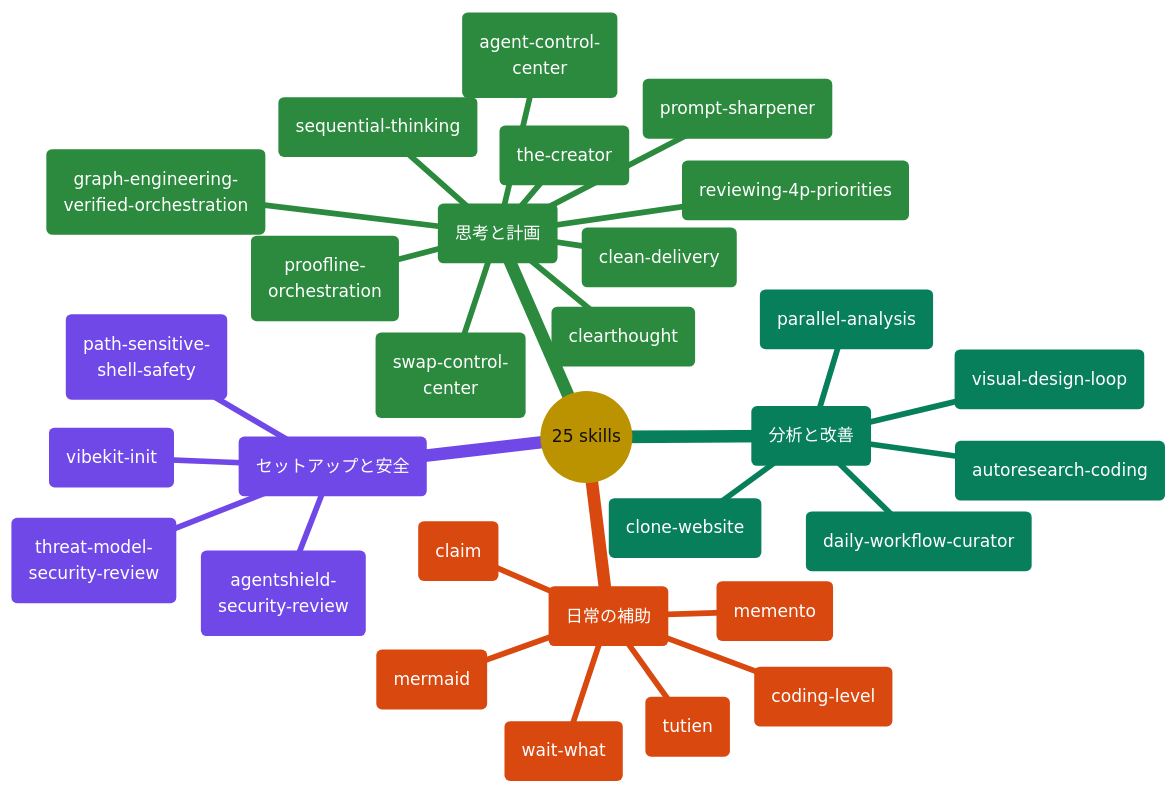
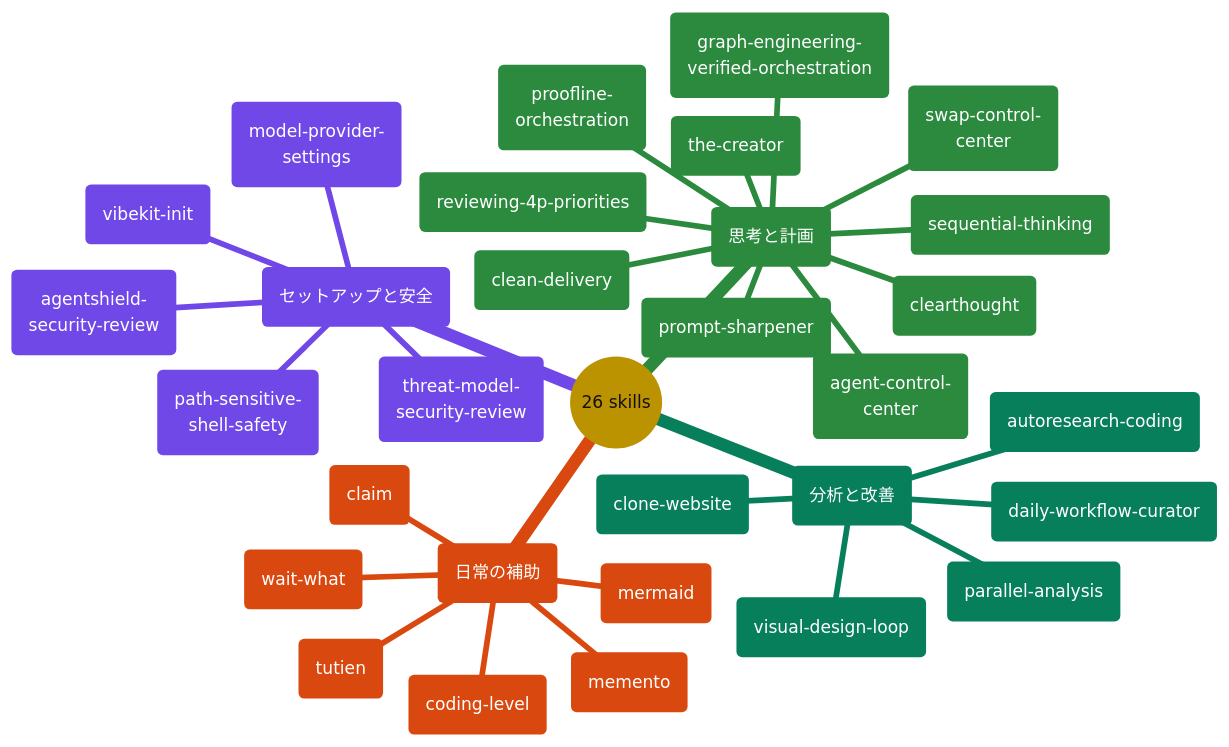
Before and after one commit to giang6283623/minimal-vibe-coding-kit: the fifth of 10 diagrams in docs/README.ja.md, drawn with Mermaid. The commit also changed other lines of this file and 183 other files, not shown here.

````diff
--- a/docs/README.ja.md
+++ b/docs/README.ja.md
@@ -360,66 +360,67 @@
 ```mermaid
 ---
 config:
   theme: base
   themeCSS: >-
     .mindmap-node:not(.section-root):not(.section--1) text,
     .mindmap-node:not(.section-root):not(.section--1) tspan
     { fill: #FFFFFF !important; }
     .mindmap-node:not(.section-root):not(.section--1) div,
     .mindmap-node:not(.section-root):not(.section--1) span,
     .mindmap-node:not(.section-root):not(.section--1) p
     { color: #FFFFFF !important; }
   themeVariables:
     darkMode: false
     fontFamily: cascadia mono, consolas, noto sans mono, menlo, monospace
     fontSize: 15px
     lineColor: "#888888"
     textColor: "#111111"
     primaryColor: "#FFD43B"
     primaryTextColor: "#111111"
     primaryBorderColor: "#444444"
     cScale0: "#1971C2"
     cScale1: "#7048E8"
     cScale2: "#2B8A3E"
     cScale3: "#087F5B"
     cScale4: "#D9480F"
     cScale5: "#C2255C"
     cScaleLabel0: "#FFFFFF"
     cScaleLabel1: "#FFFFFF"
     cScaleLabel2: "#FFFFFF"
     cScaleLabel3: "#FFFFFF"
     cScaleLabel4: "#FFFFFF"
     cScaleLabel5: "#FFFFFF"
 ---
 mindmap
-  root(("25 skills"))
+  root(("26 skills"))
     setup("セットアップと安全")
       s1("vibekit-init")
       s2("agentshield-<br/>security-review")
       s3("path-sensitive-<br/>shell-safety")
       s4("threat-model-<br/>security-review")
+      s5("model-provider-<br/>settings")
     think("思考と計画")
       t1("clearthought")
       t2("sequential-thinking")
       t3("prompt-sharpener")
       t4("reviewing-4p-priorities")
       t5("graph-engineering-<br/>verified-orchestration")
       t6("the-creator")
       t7("proofline-<br/>orchestration")
       t8("clean-delivery")
       t9("agent-control-<br/>center")
       t10("swap-control-<br/>center")
     analyze("分析と改善")
       a1("parallel-analysis")
       a2("autoresearch-coding")
       a3("daily-workflow-curator")
       a4("visual-design-loop")
       a5("clone-website")
     helpers("日常の補助")
       h1("memento")
       h2("coding-level")
       h3("mermaid")
       h4("claim")
       h5("tutien")
       h6("wait-what")
 ```
````
